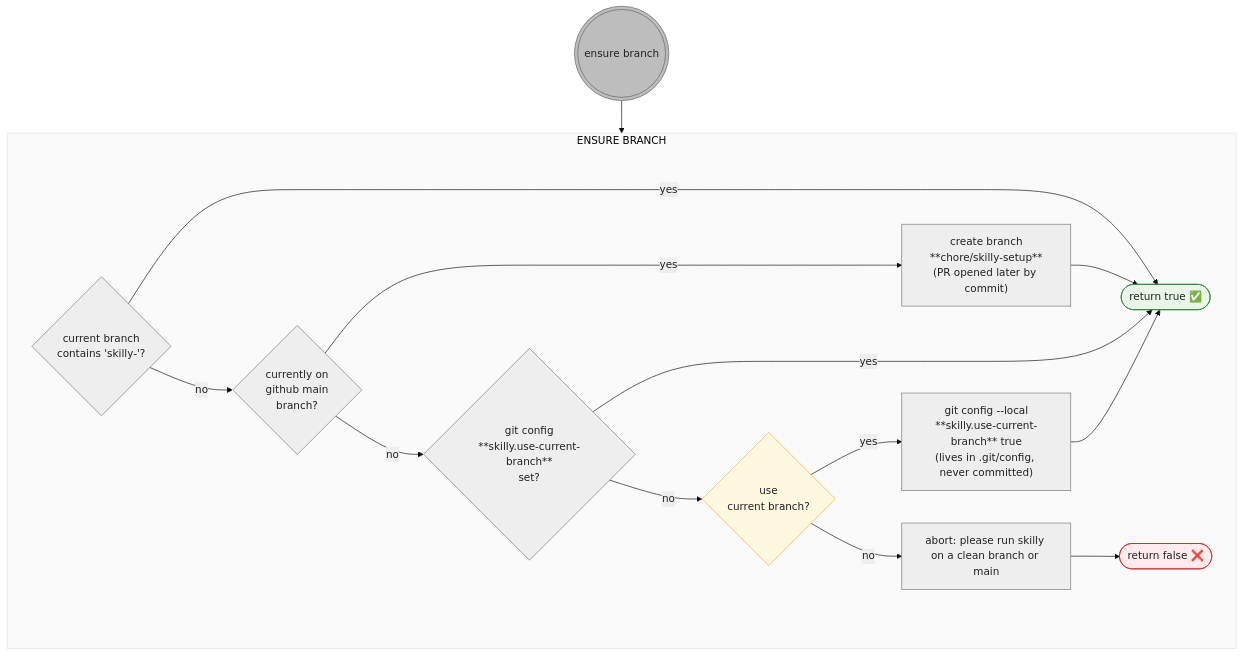
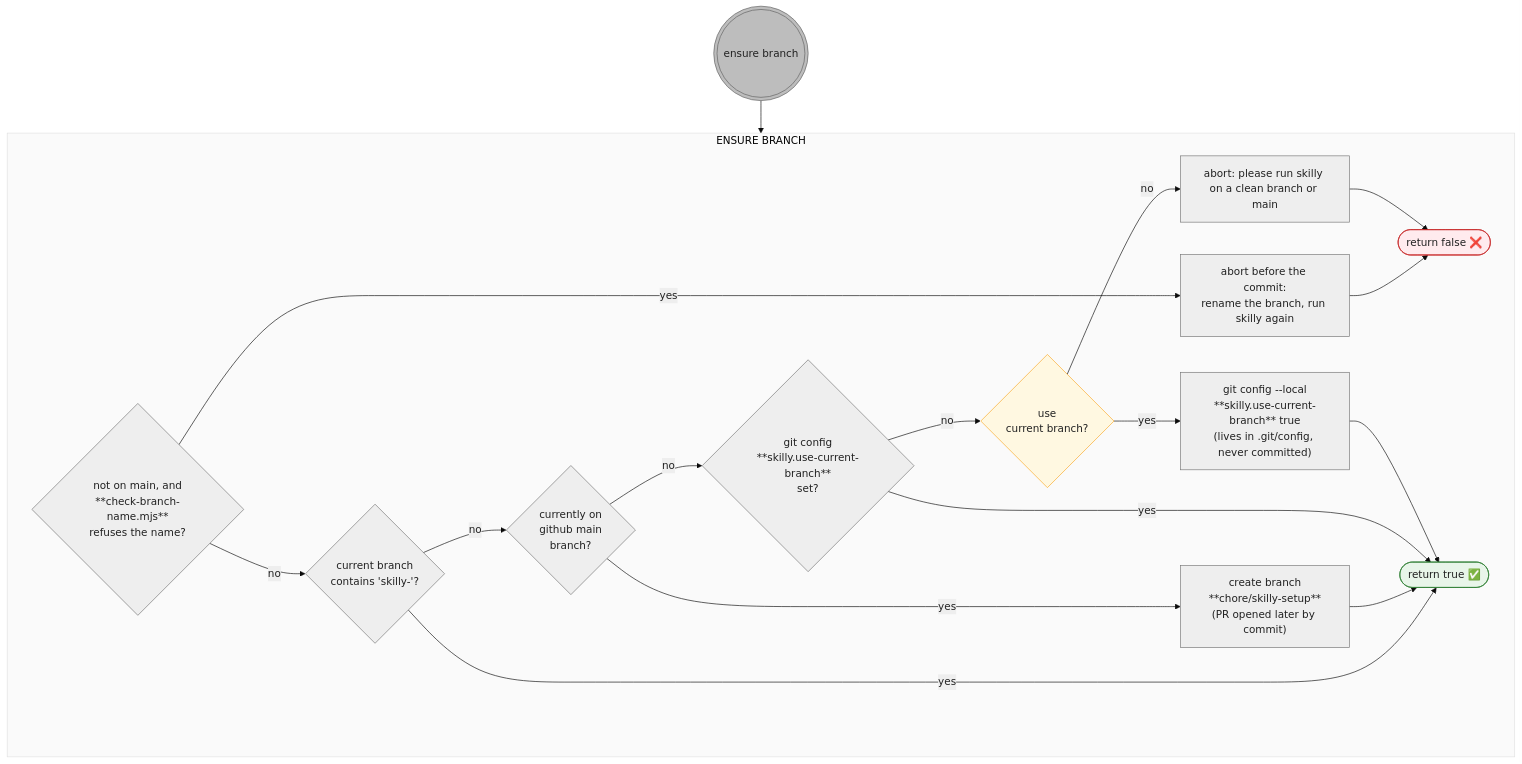
Before and after one commit to timschoch/skilly: the diagram in docs/ensure-branch.mmd, drawn with Mermaid. The commit also changed 4 other files, not shown here.

First line of the commit message:
fix(ensure-branch): stop on a branch the push gate refuses, before the commit

```diff
--- a/docs/ensure-branch.mmd
+++ b/docs/ensure-branch.mmd
@@ -1,50 +1,54 @@
 ---
 config:
   theme: base
   themeVariables:
     primaryColor: "#eeeeee"
     primaryBorderColor: "#757575"
     primaryTextColor: "#212121"
     clusterBkg: "#fafafa"
     clusterBorder: "#e0e0e0"
 ---
 flowchart TD
     %% shapes: ((( ))) entry point · [/ \] user action (blue) · [ ] script action (gray) · { } decision (amber) · ([ ]) state (green)
 
     ENTER-EB((("ensure branch"))) --> EB
     subgraph EB["ENSURE BRANCH"]
+        EBQ-NAME{"not on main, and<br>**check-branch-name.mjs**<br>refuses the name?"}
+            EBQ-NAME -->|yes| EB-NAME-ABORT["abort before the commit:<br>rename the branch, run skilly again"] --> EB-FALSE
+            EBQ-NAME -->|no| EBQ1
+
         EBQ1{"current branch<br>contains 'skilly-'?"}
             EBQ1 -->|yes| EB-TRUE
             EBQ1 -->|no| EBQ-MAIN
 
             EBQ-MAIN{"currently on<br>github main<br>branch?"}
                 EBQ-MAIN -->|yes| EB-CREATE["create branch<br>**chore/skilly-setup**<br>(PR opened later by commit)"] --> EB-TRUE
                 EBQ-MAIN -->|no| EBQ-CFG
 
             EBQ-CFG{"git config<br>**skilly.use-current-branch**<br>set?"}
                 EBQ-CFG -->|yes| EB-TRUE
                 EBQ-CFG -->|no| EBQ3
 
                 EBQ3{"use<br>current branch?"}
                     EBQ3 -->|yes| EB-SET-CFG
                     EBQ3 -->|no| EB-ABORT
                     EB-SET-CFG["git config --local<br>**skilly.use-current-branch** true<br>(lives in .git/config, never committed)"] --> EB-TRUE
 
         EB-TRUE(["return true ✅"])
         EB-ABORT["abort: please run skilly on a clean branch or main"] --> EB-FALSE
         EB-FALSE(["return false ❌"])
     end
 
 
-    %% EBQ1/EBQ-MAIN/EBQ-CFG are script checks -> default gray, not amber
+    %% EBQ-NAME/EBQ1/EBQ-MAIN/EBQ-CFG are script checks -> default gray, not amber
     classDef decision fill:#fff8e1,stroke:#f9a825
     class EBQ3 decision
 
     classDef entry fill:#bdbdbd,stroke:#616161
     class ENTER-EB entry
 
     classDef ok fill:#e8f5e9,stroke:#2e7d32
     class EB-TRUE ok
 
     classDef fail fill:#ffebee,stroke:#c62828
     class EB-FALSE fail
```
